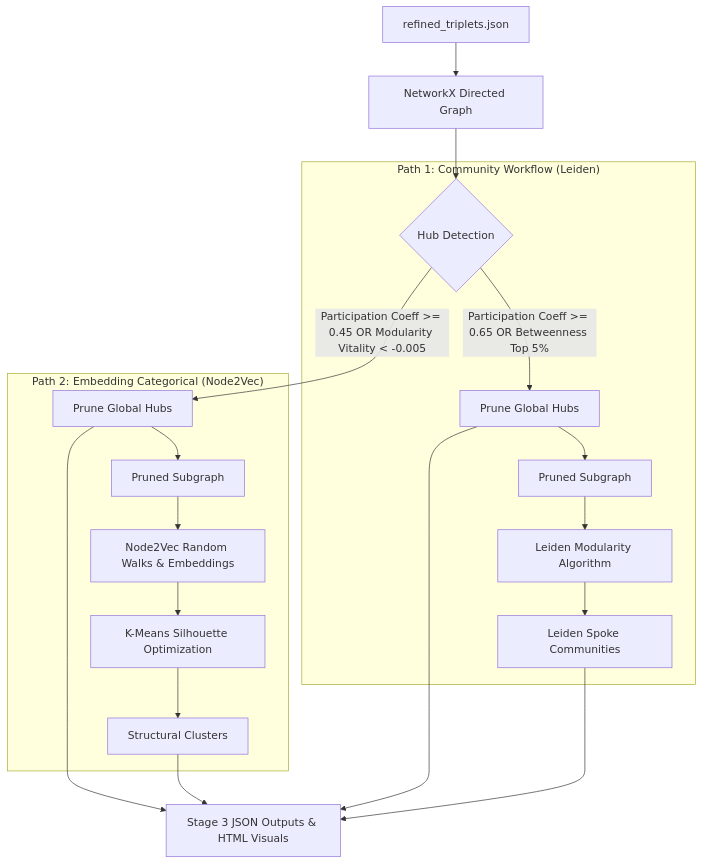
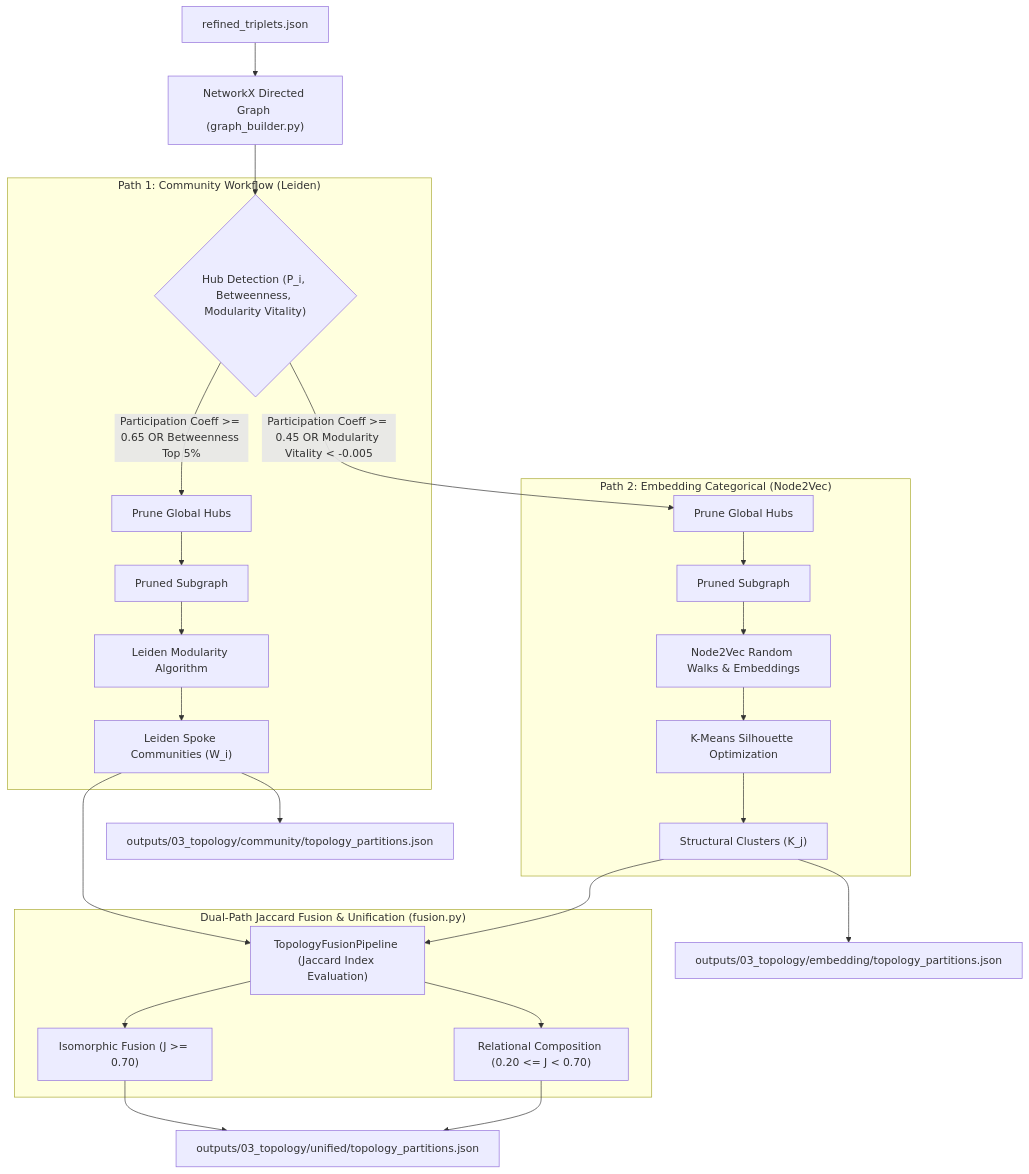
The second of 4 diagrams in README.md (childmindresearch/SemanticPrism), drawn with Mermaid before and after one commit. The commit also changed other lines of this file and 4 other files, not shown here.

Commit message:
restructure topology structure for modularity

````diff
--- a/README.md
+++ b/README.md
@@ -83,25 +83,32 @@
 ```mermaid
 graph TD
-    Triplets["refined_triplets.json"] --> Graph["NetworkX Directed Graph"]
-    Graph --> HubDetect{"Hub Detection"}
+    Triplets["refined_triplets.json"] --> Graph["NetworkX Directed Graph (graph_builder.py)"]
+    Graph --> HubDetect{"Hub Detection (P_i, Betweenness, Modularity Vitality)"}
     
     subgraph path1 ["Path 1: Community Workflow (Leiden)"]
         HubDetect -->|"Participation Coeff >= 0.65 OR Betweenness Top 5%"| Hubs1["Prune Global Hubs"]
         Hubs1 --> GraphPruned1["Pruned Subgraph"]
         GraphPruned1 --> Leiden["Leiden Modularity Algorithm"]
-        Leiden --> CommPart["Leiden Spoke Communities"]
+        Leiden --> CommPart["Leiden Spoke Communities (W_i)"]
     end
 
     subgraph path2 ["Path 2: Embedding Categorical (Node2Vec)"]
         HubDetect -->|"Participation Coeff >= 0.45 OR Modularity Vitality < -0.005"| Hubs2["Prune Global Hubs"]
         Hubs2 --> GraphPruned2["Pruned Subgraph"]
         GraphPruned2 --> Node2Vec["Node2Vec Random Walks & Embeddings"]
         Node2Vec --> KMeans["K-Means Silhouette Optimization"]
-        KMeans --> StructPart["Structural Clusters"]
+        KMeans --> StructPart["Structural Clusters (K_j)"]
+    end
+
+    subgraph fusion_module ["Dual-Path Jaccard Fusion & Unification (fusion.py)"]
+        CommPart --> JaccardEngine["TopologyFusionPipeline (Jaccard Index Evaluation)"]
+        StructPart --> JaccardEngine
+        JaccardEngine --> IsoFusion["Isomorphic Fusion (J >= 0.70)"]
+        JaccardEngine --> RelComp["Relational Composition (0.20 <= J < 0.70)"]
     end
     
-    CommPart --> S3_Out["Stage 3 JSON Outputs & HTML Visuals"]
-    StructPart --> S3_Out
-    Hubs1 --> S3_Out
-    Hubs2 --> S3_Out
+    CommPart --> S3_Comm["outputs/03_topology/community/topology_partitions.json"]
+    StructPart --> S3_Emb["outputs/03_topology/embedding/topology_partitions.json"]
+    IsoFusion --> S3_Unif["outputs/03_topology/unified/topology_partitions.json"]
+    RelComp --> S3_Unif
 ```
````
